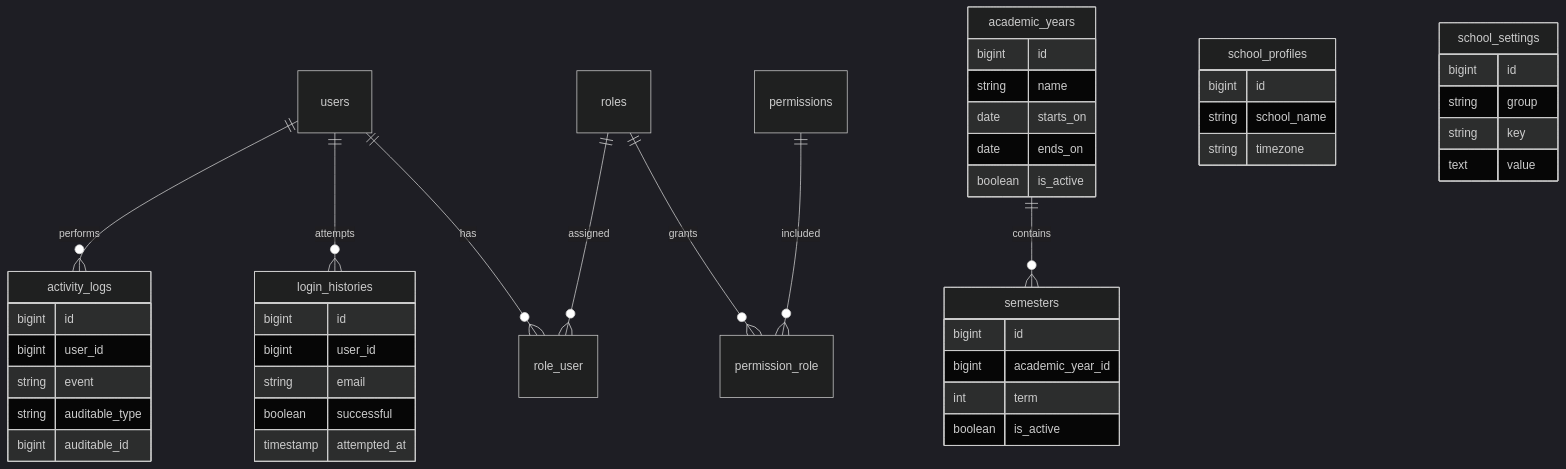
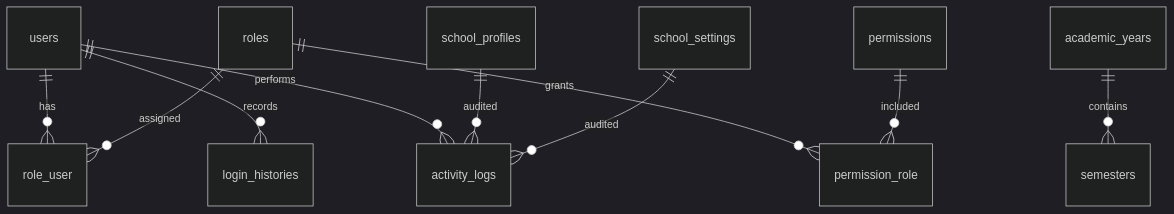
One commit to deevseek/emadrasah changed the diagram in docs/database-design.md. Above: the diagram before and after it, drawn with Mermaid (dark theme). The commit also changed other lines of this file and 37 other files, not shown here.

````diff
--- a/docs/database-design.md
+++ b/docs/database-design.md
@@ -5,16 +3,12 @@
 ```mermaid
 erDiagram
   users ||--o{ role_user : has
   roles ||--o{ role_user : assigned
   roles ||--o{ permission_role : grants
   permissions ||--o{ permission_role : included
+  users ||--o{ login_histories : records
+  users ||--o{ activity_logs : performs
   academic_years ||--o{ semesters : contains
-  users ||--o{ login_histories : attempts
-  users ||--o{ activity_logs : performs
-  school_profiles { bigint id string school_name string timezone }
-  school_settings { bigint id string group string key text value }
-  academic_years { bigint id string name date starts_on date ends_on boolean is_active }
-  semesters { bigint id bigint academic_year_id int term boolean is_active }
-  login_histories { bigint id bigint user_id string email boolean successful timestamp attempted_at }
-  activity_logs { bigint id bigint user_id string event string auditable_type bigint auditable_id }
+  school_profiles ||--o{ activity_logs : audited
+  school_settings ||--o{ activity_logs : audited
 ```
````
